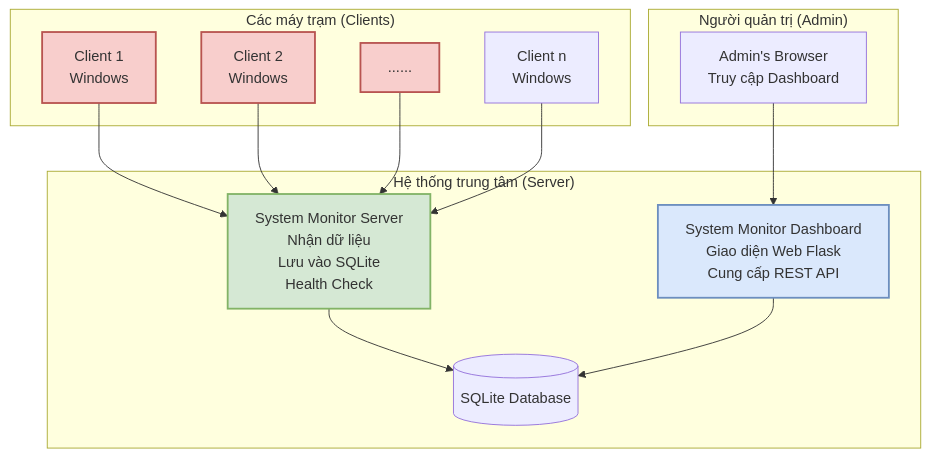
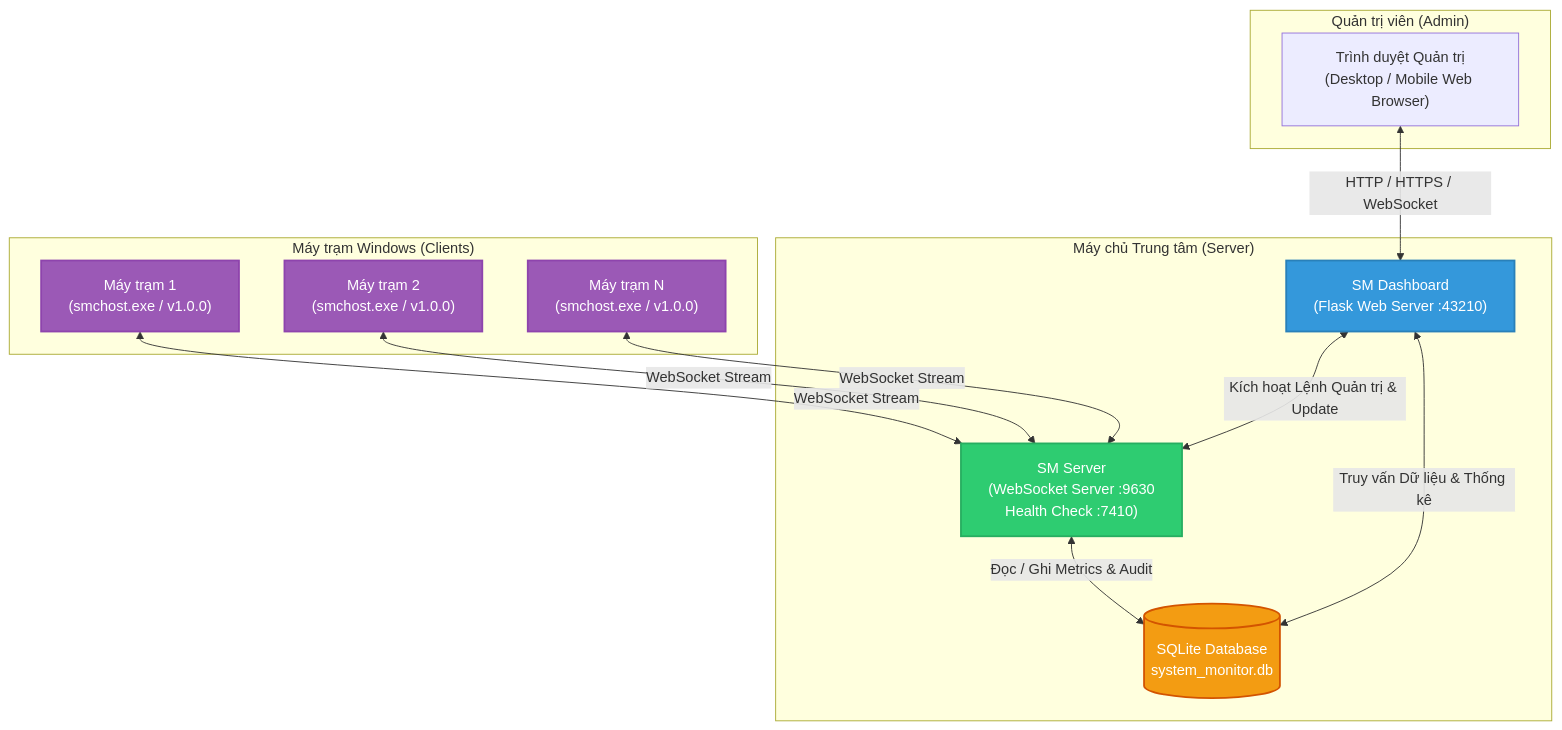
Before and after one commit to caophuocdanh/System-Monitor: the diagram in README.md, drawn with Mermaid. The commit also changed other lines of this file and 6 other files, not shown here.

Commit message:
cập nhật sửa lỗi update client

````diff
--- a/README.md
+++ b/README.md
@@ -56,34 +77,34 @@
 ```mermaid
 graph TD
-    subgraph "Các máy trạm (Clients)"
-        C1[Client 1 <br> Windows]
-        C2[Client 2 <br> Windows]
-        C3[......]
-        C4[Client n <br> Windows]
+    subgraph "Máy trạm Windows (Clients)"
+        C1["Máy trạm 1<br>(smchost.exe / v1.0.0)"]
+        C2["Máy trạm 2<br>(smchost.exe / v1.0.0)"]
+        CN["Máy trạm N<br>(smchost.exe / v1.0.0)"]
     end
 
-    subgraph "Hệ thống trung tâm (Server)"
-        S[System Monitor Server <br>Nhận dữ liệu <br>Lưu vào SQLite <br>Health Check]
-        DB[(SQLite Database)]
-        DASH[System Monitor Dashboard <br>Giao diện Web Flask <br>Cung cấp REST API]
+    subgraph "Máy chủ Trung tâm (Server)"
+        SVR["SM Server<br>(WebSocket Server :9630<br>Health Check :7410)"]
+        DB[("SQLite Database<br>system_monitor.db")]
+        DASH["SM Dashboard<br>(Flask Web Server :43210)"]
     end
 
-    subgraph "Người quản trị (Admin)"
-        ADMIN[Admin's Browser <br> Truy cập Dashboard]
+    subgraph "Quản trị viên (Admin)"
+        WEB["Trình duyệt Quản trị<br>(Desktop / Mobile Web Browser)"]
     end
 
-    C1 --> S
-    C2 --> S
-    C3 --> S
-    C4 --> S
+    C1 <-- WebSocket Stream --> SVR
+    C2 <-- WebSocket Stream --> SVR
+    CN <-- WebSocket Stream --> SVR
 
-    S --> DB
-    DASH --> DB
-    ADMIN --> DASH
+    SVR <-- Đọc / Ghi Metrics & Audit --> DB
+    DASH <-- Truy vấn Dữ liệu & Thống kê --> DB
+    DASH <-- Kích hoạt Lệnh Quản trị & Update --> SVR
+    WEB <-- HTTP / HTTPS / WebSocket --> DASH
 
-    style S fill:#D5E8D4,stroke:#82B366,stroke-width:2px
-    style DASH fill:#DAE8FC,stroke:#6C8EBF,stroke-width:2px
-    style C1 fill:#F8CECC,stroke:#B85450,stroke-width:2px
-    style C2 fill:#F8CECC,stroke:#B85450,stroke-width:2px
-    style C3 fill:#F8CECC,stroke:#B85450,stroke-width:2px
+    style SVR fill:#2ecc71,stroke:#27ae60,stroke-width:2px,color:#fff
+    style DASH fill:#3498db,stroke:#2980b9,stroke-width:2px,color:#fff
+    style DB fill:#f39c12,stroke:#d35400,stroke-width:2px,color:#fff
+    style C1 fill:#9b59b6,stroke:#8e44ad,stroke-width:2px,color:#fff
+    style C2 fill:#9b59b6,stroke:#8e44ad,stroke-width:2px,color:#fff
+    style CN fill:#9b59b6,stroke:#8e44ad,stroke-width:2px,color:#fff
 ```
````
